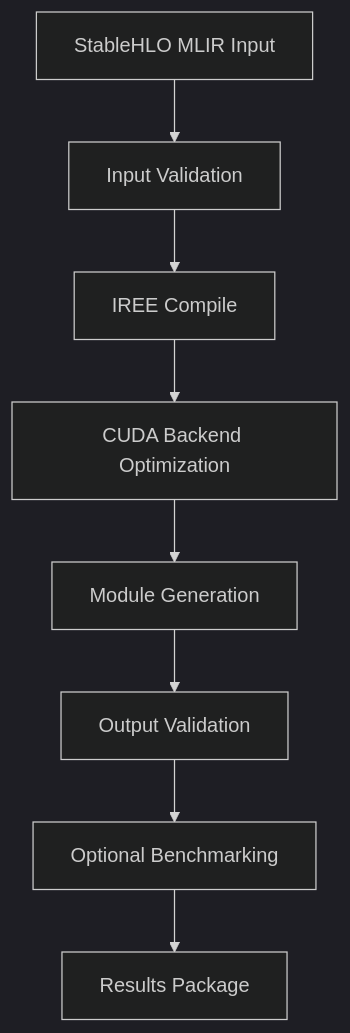
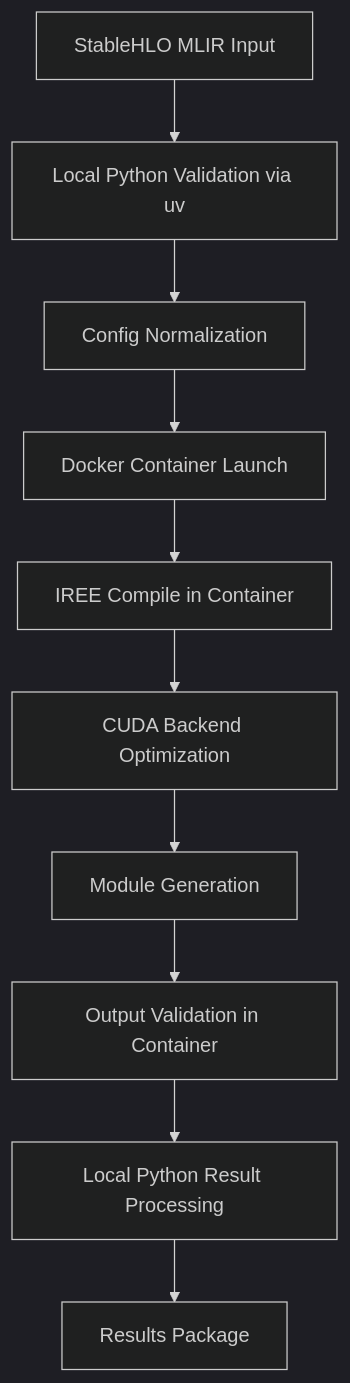
The diagram in .kiro/specs/docker-iree-integration/design.md (SKaiNET-developers/SKaiNET-build-tools), drawn with Mermaid (dark theme) before and after one commit. The commit also changed other lines of this file and 22 other files, not shown here.

````diff
--- a/.kiro/specs/docker-iree-integration/design.md
+++ b/.kiro/specs/docker-iree-integration/design.md
@@ -68,10 +76,12 @@
 ```mermaid
 graph TD
-    A[StableHLO MLIR Input] --> B[Input Validation]
-    B --> C[IREE Compile]
-    C --> D[CUDA Backend Optimization]
-    D --> E[Module Generation]
-    E --> F[Output Validation]
-    F --> G[Optional Benchmarking]
-    G --> H[Results Package]
+    A[StableHLO MLIR Input] --> B[Local Python Validation via uv]
+    B --> C[Config Normalization]
+    C --> D[Docker Container Launch]
+    D --> E[IREE Compile in Container]
+    E --> F[CUDA Backend Optimization]
+    F --> G[Module Generation]
+    G --> H[Output Validation in Container]
+    H --> I[Local Python Result Processing]
+    I --> J[Results Package]
 ```
````
